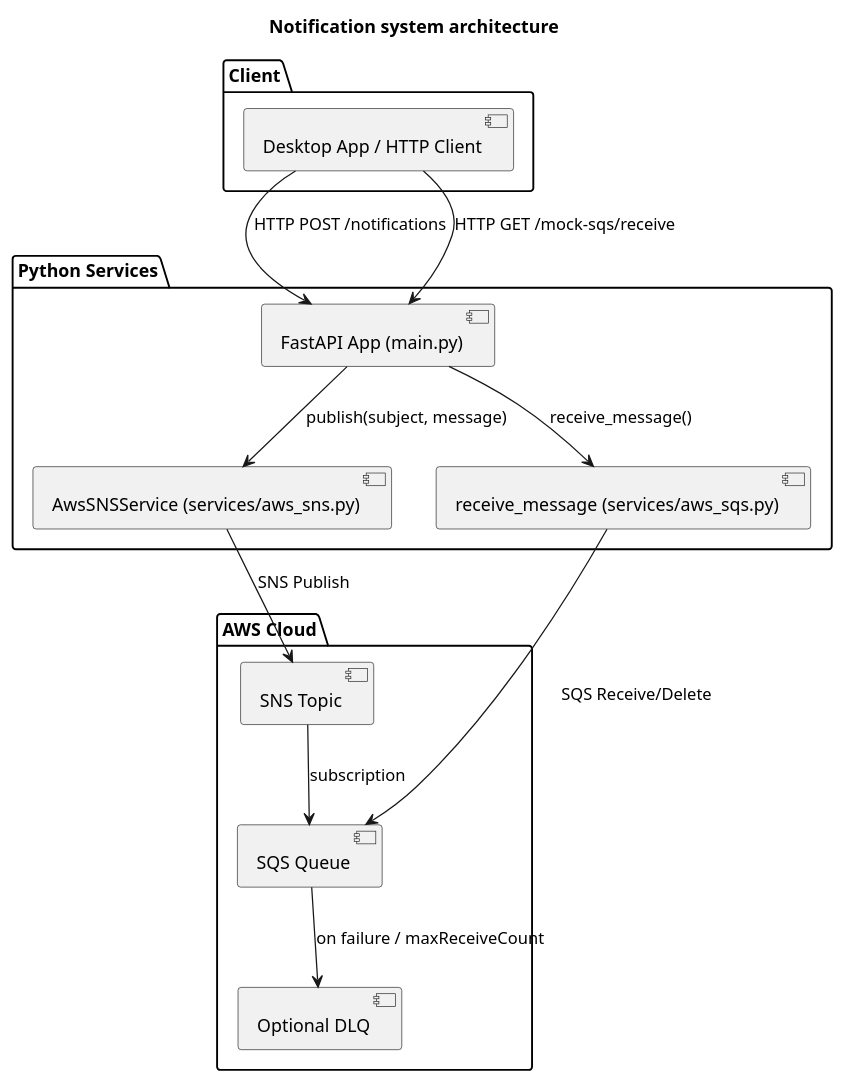
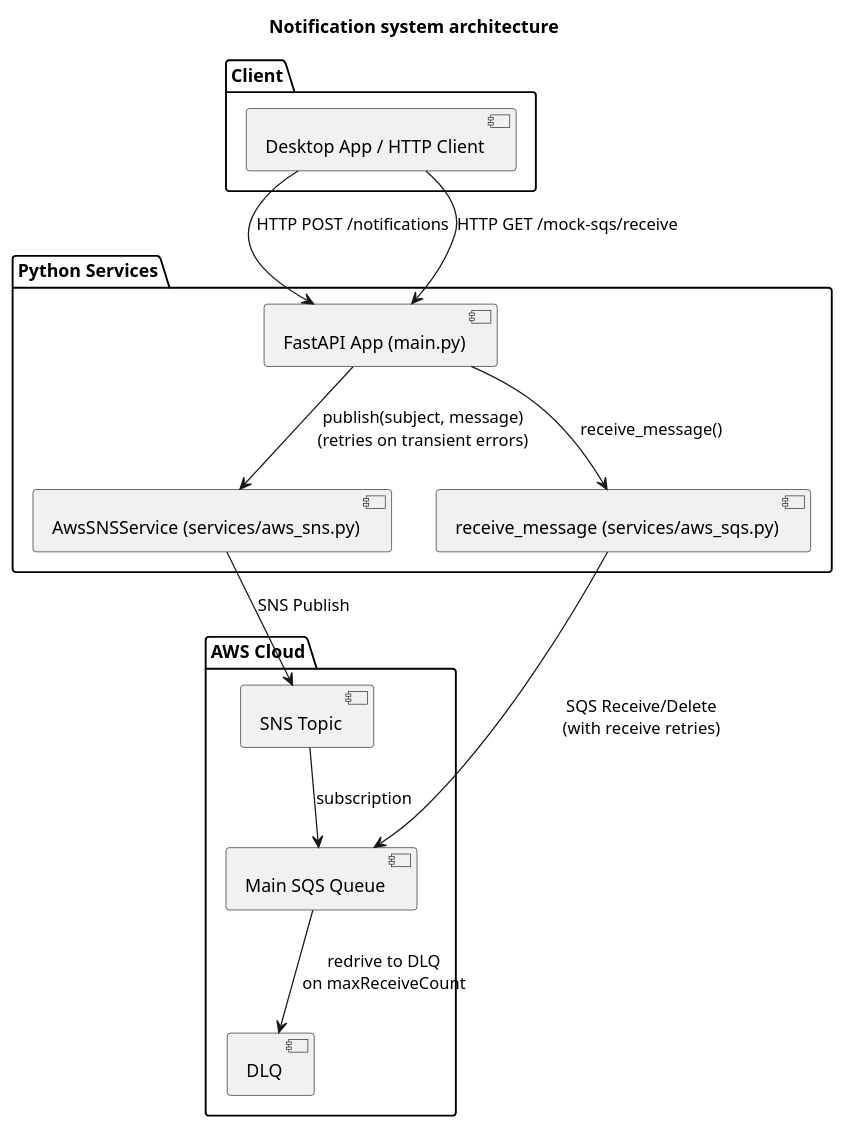
Before and after one commit to JuanPlazasEpam/sns-example: the diagram in diagrams/architecture.puml, drawn with PlantUML. The commit also changed 5 other files, not shown here.

```diff
--- a/diagrams/architecture.puml
+++ b/diagrams/architecture.puml
@@ -1,31 +1,31 @@
 @startuml NotificationSystemArchitecture
 title Notification system architecture
 
 package "Client" {
   [Desktop App / HTTP Client] as A
 }
 
 package "Python Services" {
   [FastAPI App (main.py)] as B
   [AwsSNSService (services/aws_sns.py)] as C
   [receive_message (services/aws_sqs.py)] as D
 }
 
 package "AWS Cloud" {
   [SNS Topic] as E
-  [SQS Queue] as F
-  [Optional DLQ] as G
+  [Main SQS Queue] as F
+  [DLQ] as G
 }
 
 A --> B : HTTP POST /notifications
-B --> C : publish(subject, message)
+B --> C : publish(subject, message)\n(retries on transient errors)
 C --> E : SNS Publish
 E --> F : subscription
 
 A --> B : HTTP GET /mock-sqs/receive
 B --> D : receive_message()
-D --> F : SQS Receive/Delete
+D --> F : SQS Receive/Delete\n(with receive retries)
 
-F --> G : on failure / maxReceiveCount
+F --> G : redrive to DLQ\non maxReceiveCount
 
 @enduml
```
